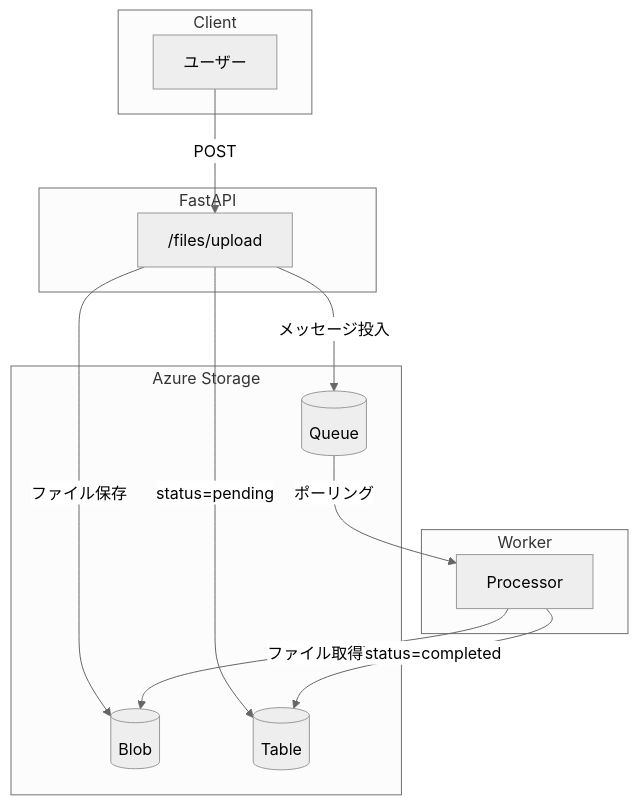
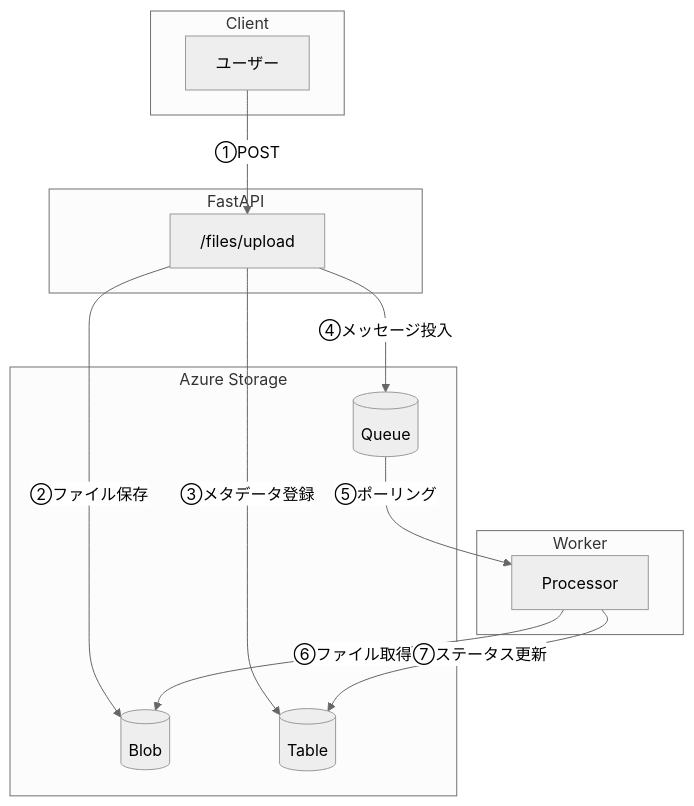
One commit to sbk0716/azurite-queue-tutorial changed the third of 3 diagrams in books/01-intro.md. Above: the diagram before and after it, drawn with Mermaid (neutral theme). The commit also changed other lines of this file and 3 other files, not shown here.

Commit message:
docs: update flowchart

````diff
--- a/books/01-intro.md
+++ b/books/01-intro.md
@@ -96,28 +96,28 @@
 ```mermaid
 flowchart TB
     subgraph Client
         U[ユーザー]
     end
 
     subgraph API["FastAPI"]
         EP["/files/upload"]
     end
 
     subgraph Storage["Azure Storage"]
         B[(Blob)]
         Q[(Queue)]
         T[(Table)]
     end
 
     subgraph Worker["Worker"]
         P[Processor]
     end
 
-    U -->|POST| EP
-    EP -->|ファイル保存| B
-    EP -->|status=pending| T
-    EP -->|メッセージ投入| Q
-    Q -->|ポーリング| P
-    P -->|ファイル取得| B
-    P -->|status=completed| T
+    U -->|①POST| EP
+    EP -->|②ファイル保存| B
+    EP -->|③メタデータ登録| T
+    EP -->|④メッセージ投入| Q
+    Q -->|⑤ポーリング| P
+    P -->|⑥ファイル取得| B
+    P -->|⑦ステータス更新| T
 ```
````
